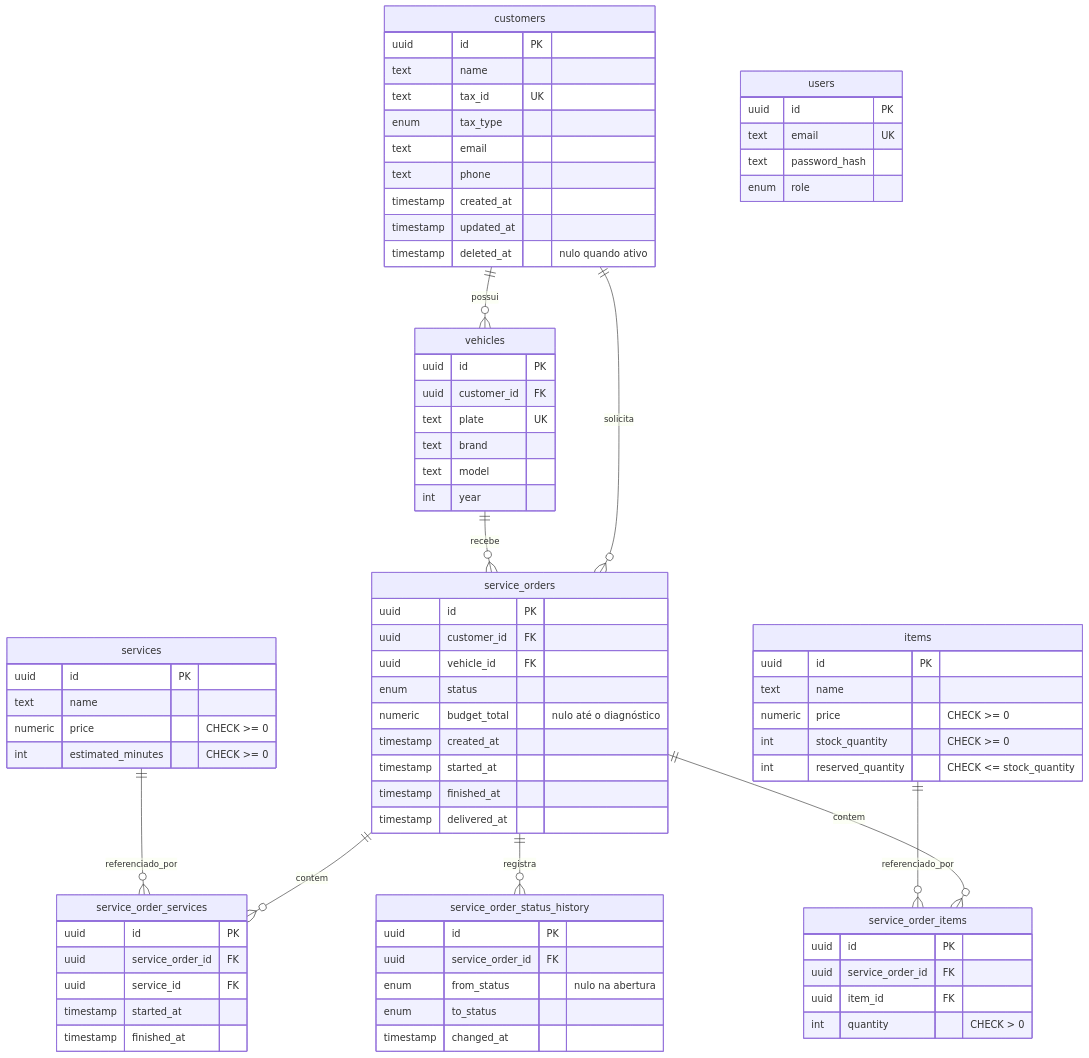
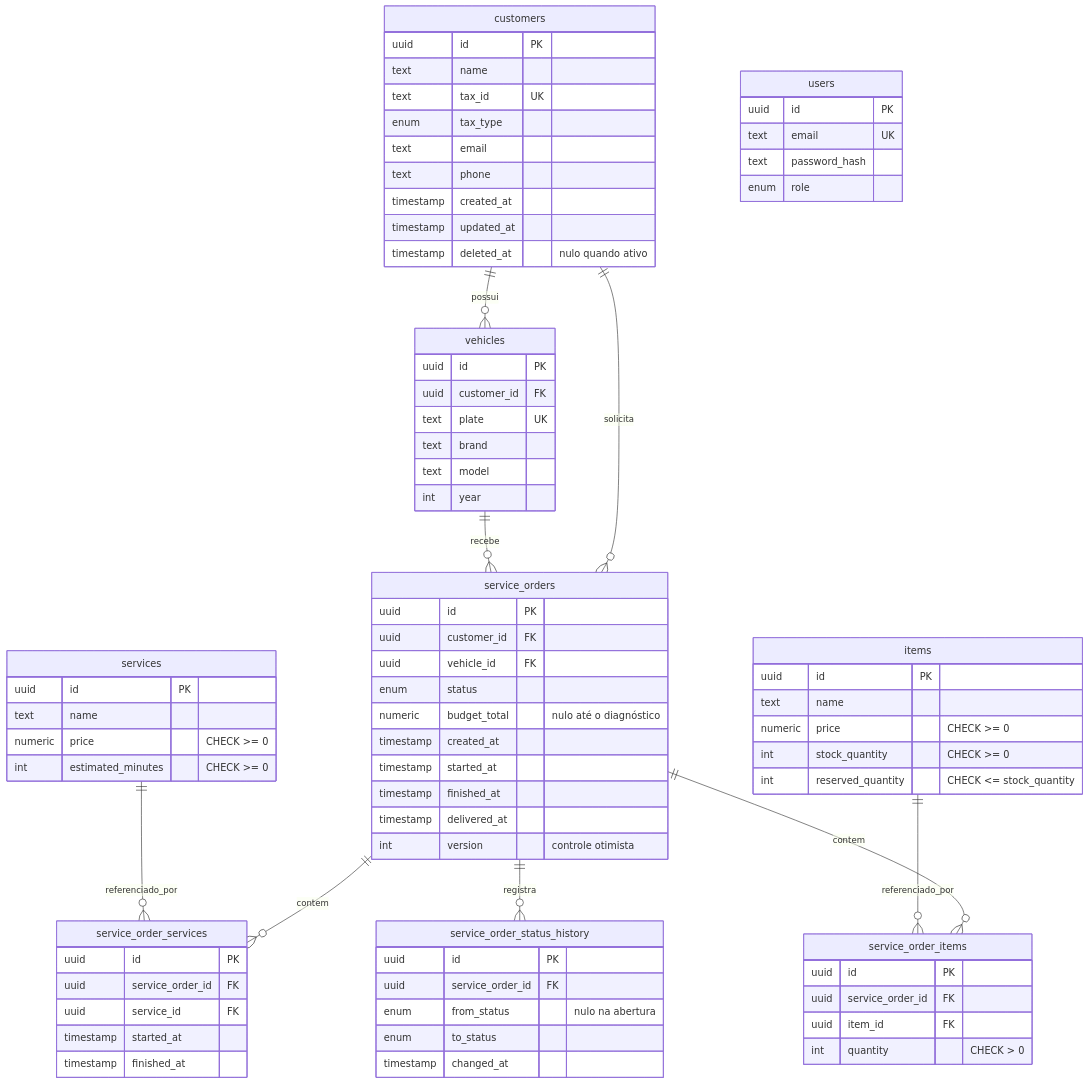
Before and after one commit to diandria/fiap-tech-challenge: the diagram in docs/architecture/data-model.md, drawn with Mermaid. The commit also changed other lines of this file and 10 other files, not shown here.

````diff
--- a/docs/architecture/data-model.md
+++ b/docs/architecture/data-model.md
@@ -18,81 +18,82 @@
 ```mermaid
 erDiagram
     customers ||--o{ vehicles : possui
     customers ||--o{ service_orders : solicita
     vehicles  ||--o{ service_orders : recebe
     service_orders ||--o{ service_order_services : contem
     service_orders ||--o{ service_order_items : contem
     services  ||--o{ service_order_services : referenciado_por
     items     ||--o{ service_order_items : referenciado_por
     service_orders ||--o{ service_order_status_history : registra
 
     customers {
         uuid id PK
         text name
         text tax_id UK
         enum tax_type
         text email
         text phone
         timestamp created_at
         timestamp updated_at
         timestamp deleted_at "nulo quando ativo"
     }
     vehicles {
         uuid id PK
         uuid customer_id FK
         text plate UK
         text brand
         text model
         int year
     }
     services {
         uuid id PK
         text name
         numeric price "CHECK >= 0"
         int estimated_minutes "CHECK >= 0"
     }
     items {
         uuid id PK
         text name
         numeric price "CHECK >= 0"
         int stock_quantity "CHECK >= 0"
         int reserved_quantity "CHECK <= stock_quantity"
     }
     users {
         uuid id PK
         text email UK
         text password_hash
         enum role
     }
     service_orders {
         uuid id PK
         uuid customer_id FK
         uuid vehicle_id FK
         enum status
         numeric budget_total "nulo até o diagnóstico"
         timestamp created_at
         timestamp started_at
         timestamp finished_at
         timestamp delivered_at
+        int version "controle otimista"
     }
     service_order_services {
         uuid id PK
         uuid service_order_id FK
         uuid service_id FK
         timestamp started_at
         timestamp finished_at
     }
     service_order_items {
         uuid id PK
         uuid service_order_id FK
         uuid item_id FK
         int quantity "CHECK > 0"
     }
     service_order_status_history {
         uuid id PK
         uuid service_order_id FK
         enum from_status "nulo na abertura"
         enum to_status
         timestamp changed_at
     }
 ```
````
